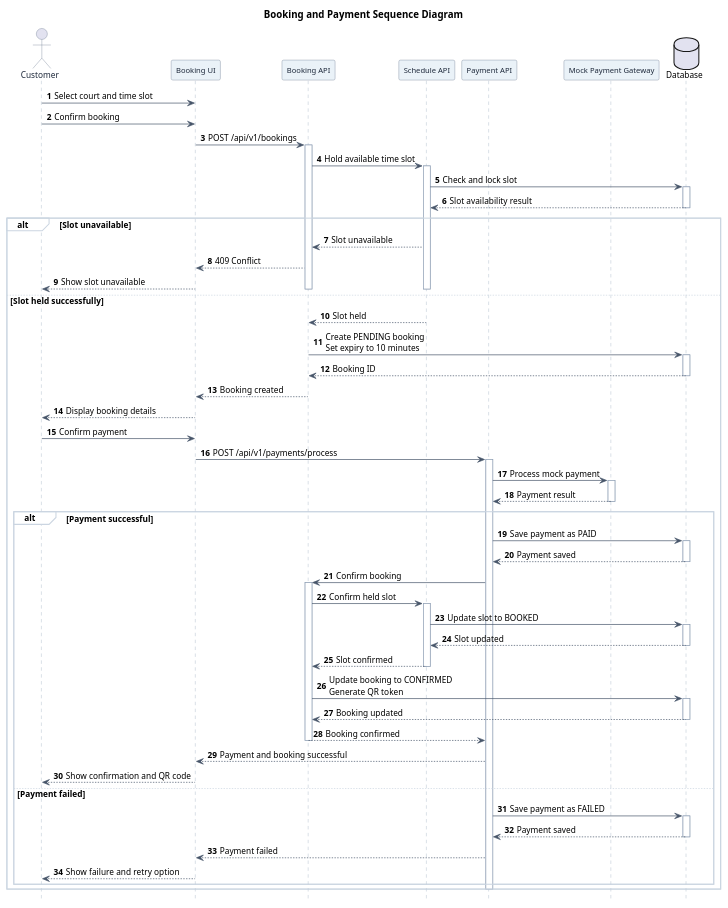
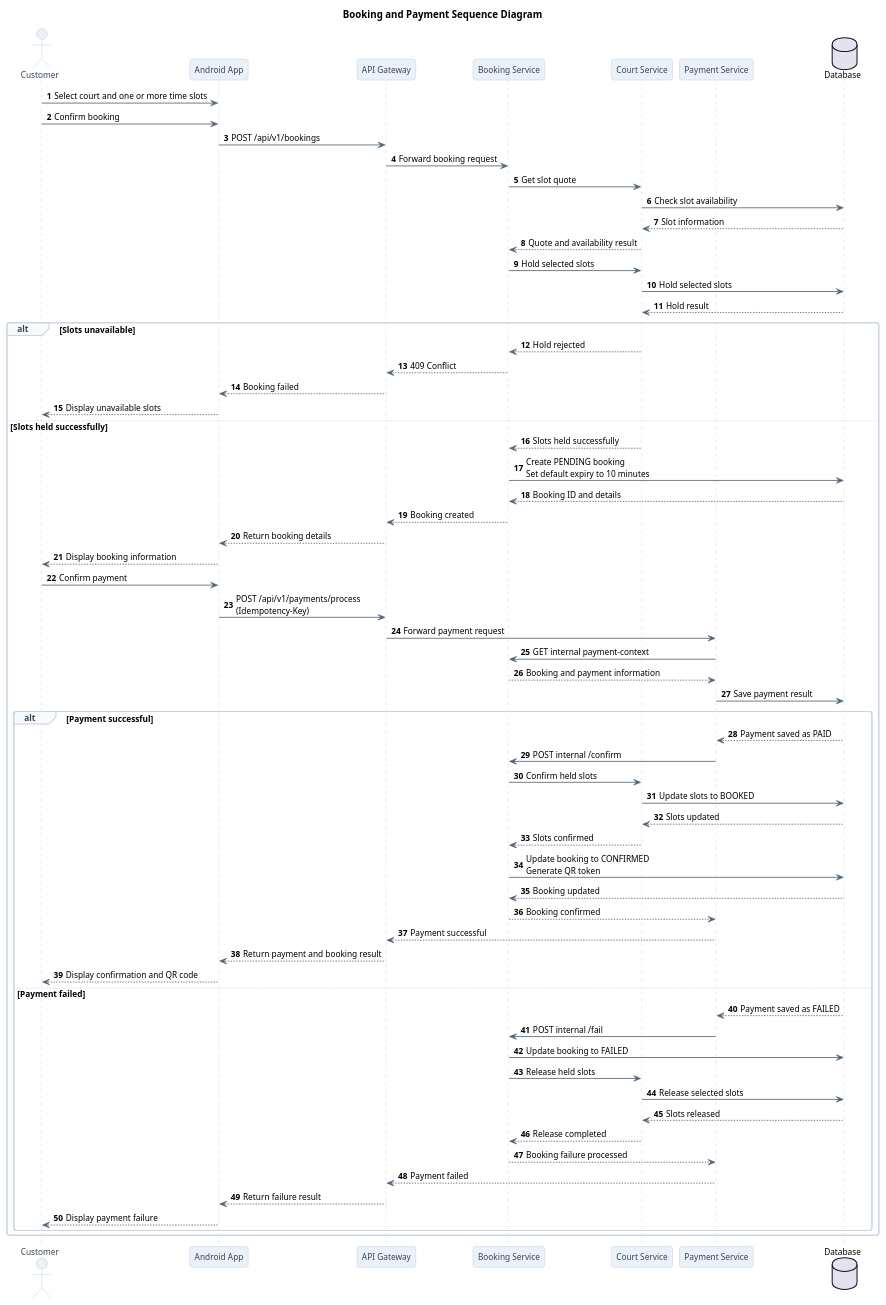
The diagram in docs/diagrams/sequence/booking_payment.puml (NguyenLyBaoTran/sport-booking-courts-mobile), drawn with PlantUML before and after one commit. The commit also changed 2 other files, not shown here.

Commit message:
update usecase, sequence diagram

```diff
--- a/docs/diagrams/sequence/booking_payment.puml
+++ b/docs/diagrams/sequence/booking_payment.puml
@@ -1,131 +2,114 @@
-@startuml Booking_Payment_Sequence
-
+@startuml
 title Booking and Payment Sequence Diagram
 
-hide footbox
 autonumber
 
-<style>
-participant {
-    Padding 12
-    FontSize 11
-}
-database {
-    Padding 12
-    FontSize 11
-}
-</style>
-
+skinparam backgroundColor white
 skinparam shadowing false
+skinparam roundcorner 8
 skinparam defaultFontName Arial
 skinparam defaultFontSize 12
-skinparam linetype ortho
 
 skinparam sequence {
-    ArrowColor #475569
-    LifeLineBorderColor #94A3B8
+    ArrowColor #526477
+    ArrowThickness 1.2
+    LifeLineBorderColor #B8C7D9
     LifeLineBackgroundColor white
-    ParticipantBorderColor #64748B
-    ParticipantBackgroundColor #EAF2F8
-    ParticipantFontColor #1E293B
-    ParticipantFontSize 11
-    ActorBorderColor #64748B
-    ActorFontColor #1E293B
-    GroupBorderColor #CBD5E1
-    GroupBackgroundColor white
+    ParticipantBorderColor #AABBD0
+    ParticipantBackgroundColor #EAF1F8
+    ParticipantFontColor #34465A
+    ActorBorderColor #AABBD0
+    ActorBackgroundColor #EAF1F8
+    ActorFontColor #34465A
+    ActivationBorderColor #526477
+    ActivationBackgroundColor #E8EEF5
+    GroupBorderColor #C6D4E3
+    GroupBackgroundColor #F8FAFC
+    GroupHeaderFontColor #34465A
+    GroupHeaderFontStyle bold
+    DatabaseBorderColor #AABBD0
+    DatabaseBackgroundColor #F1F5F9
 }
 
 actor Customer
-participant "Booking UI" as UI
-participant "Booking API" as BA
-participant "Schedule API" as SA
-participant "Payment API" as PA
-participant "Mock Payment Gateway" as MPG
-database "Database" as DB
+participant "Android App" as App
+participant "API Gateway" as Gateway
+participant "Booking Service" as Booking
+participant "Court Service" as Court
+participant "Payment Service" as Payment
+database Database as DB
 
-Customer -> UI: Select court and time slot
-Customer -> UI: Confirm booking
+Customer -> App: Select court and one or more time slots
+Customer -> App: Confirm booking
 
-UI -> BA: POST /api/v1/bookings
-activate BA
+App -> Gateway: POST /api/v1/bookings
+Gateway -> Booking: Forward booking request
 
-BA -> SA: Hold available time slot
-activate SA
-SA -> DB: Check and lock slot
-activate DB
-DB --> SA: Slot availability result
-deactivate DB
+Booking -> Court: Get slot quote
+Court -> DB: Check slot availability
+DB --> Court: Slot information
+Court --> Booking: Quote and availability result
 
-alt Slot unavailable
-    SA --> BA: Slot unavailable
-    BA --> UI: 409 Conflict
-    UI --> Customer: Show slot unavailable
-    deactivate SA
-    deactivate BA
+Booking -> Court: Hold selected slots
+Court -> DB: Hold selected slots
+DB --> Court: Hold result
 
-else Slot held successfully
-    SA --> BA: Slot held
-    deactivate SA
+alt Slots unavailable
+    Court --> Booking: Hold rejected
+    Booking --> Gateway: 409 Conflict
+    Gateway --> App: Booking failed
+    App --> Customer: Display unavailable slots
 
-    BA -> DB: Create PENDING booking\nSet expiry to 10 minutes
-    activate DB
-    DB --> BA: Booking ID
-    deactivate DB
+else Slots held successfully
+    Court --> Booking: Slots held successfully
+    Booking -> DB: Create PENDING booking\nSet default expiry to 10 minutes
+    DB --> Booking: Booking ID and details
 
-    BA --> UI: Booking created
-    deactivate BA
+    Booking --> Gateway: Booking created
+    Gateway --> App: Return booking details
+    App --> Customer: Display booking information
 
-    UI --> Customer: Display booking details
-    Customer -> UI: Confirm payment
+    Customer -> App: Confirm payment
+    App -> Gateway: POST /api/v1/payments/process\n(Idempotency-Key)
+    Gateway -> Payment: Forward payment request
 
-    UI -> PA: POST /api/v1/payments/process
-    activate PA
+    Payment -> Booking: GET internal payment-context
+    Booking --> Payment: Booking and payment information
 
-    PA -> MPG: Process mock payment
-    activate MPG
-    MPG --> PA: Payment result
-    deactivate MPG
+    Payment -> DB: Save payment result
 
     alt Payment successful
-        PA -> DB: Save payment as PAID
-        activate DB
-        DB --> PA: Payment saved
-        deactivate DB
+        DB --> Payment: Payment saved as PAID
 
-        PA -> BA: Confirm booking
-        activate BA
+        Payment -> Booking: POST internal /confirm
+        Booking -> Court: Confirm held slots
+        Court -> DB: Update slots to BOOKED
+        DB --> Court: Slots updated
+        Court --> Booking: Slots confirmed
 
-        BA -> SA: Confirm held slot
-        activate SA
-        SA -> DB: Update slot to BOOKED
-        activate DB
-        DB --> SA: Slot updated
-        deactivate DB
-        SA --> BA: Slot confirmed
-        deactivate SA
+        Booking -> DB: Update booking to CONFIRMED\nGenerate QR token
+        DB --> Booking: Booking updated
 
-        BA -> DB: Update booking to CONFIRMED\nGenerate QR token
-        activate DB
-        DB --> BA: Booking updated
-        deactivate DB
-
-        BA --> PA: Booking confirmed
-        deactivate BA
-
-        PA --> UI: Payment and booking successful
-        UI --> Customer: Show confirmation and QR code
+        Booking --> Payment: Booking confirmed
+        Payment --> Gateway: Payment successful
+        Gateway --> App: Return payment and booking result
+        App --> Customer: Display confirmation and QR code
 
     else Payment failed
-        PA -> DB: Save payment as FAILED
-        activate DB
-        DB --> PA: Payment saved
-        deactivate DB
+        DB --> Payment: Payment saved as FAILED
 
-        PA --> UI: Payment failed
-        UI --> Customer: Show failure and retry option
+        Payment -> Booking: POST internal /fail
+        Booking -> DB: Update booking to FAILED
+        Booking -> Court: Release held slots
+        Court -> DB: Release selected slots
+        DB --> Court: Slots released
+        Court --> Booking: Release completed
+
+        Booking --> Payment: Booking failure processed
+        Payment --> Gateway: Payment failed
+        Gateway --> App: Return failure result
+        App --> Customer: Display payment failure
     end
-
-    deactivate PA
 end
 
 @enduml
```
